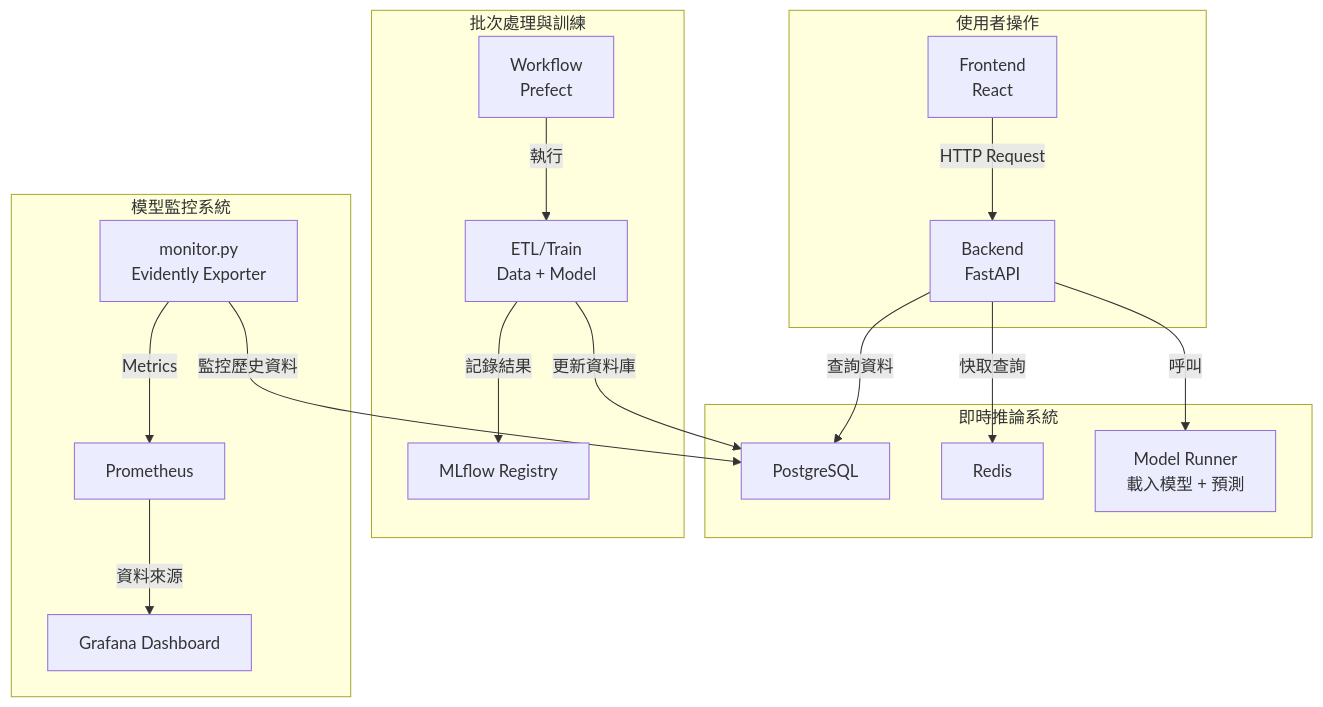
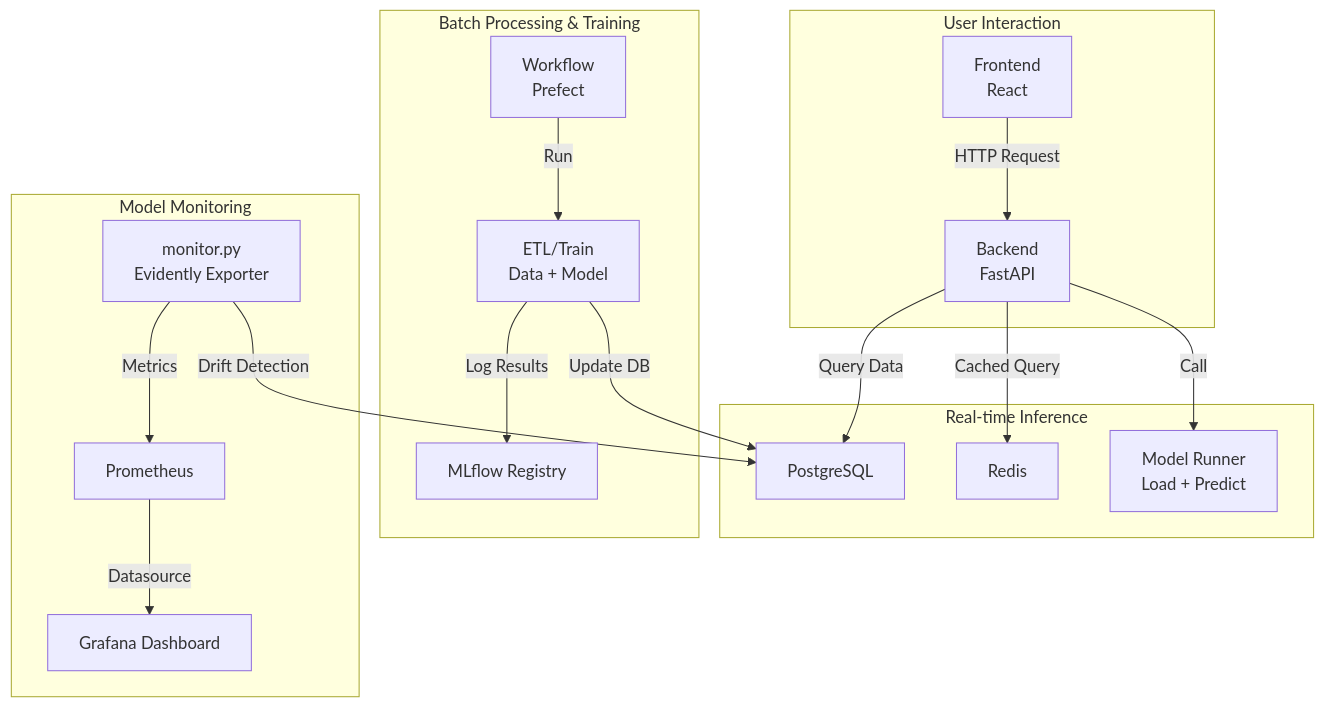
Before and after one commit to a920604a/stock-mlops: the diagram in readme.md, drawn with Mermaid. The commit also changed other lines of this file and 2 other files, not shown here.

````diff
--- a/readme.md
+++ b/readme.md
@@ -69,27 +69,27 @@
 ```mermaid
 graph TD
-  subgraph 使用者操作
+  subgraph User Interaction
     A[Frontend<br>React]
     A -->|HTTP Request| B[Backend<br>FastAPI]
   end
 
-  subgraph 即時推論系統
-    B -->|查詢資料| D[PostgreSQL]
-    B -->|快取查詢| E[Redis]
-    B -->|呼叫| C[Model Runner<br>載入模型 + 預測]
+  subgraph Real-time Inference
+    B -->|Query Data| D[PostgreSQL]
+    B -->|Cached Query| E[Redis]
+    B -->|Call| C[Model Runner<br>Load + Predict]
   end
 
-  subgraph 批次處理與訓練
+  subgraph Batch Processing & Training
     F[Workflow<br>Prefect]
-    F -->|執行| G[ETL/Train<br>Data + Model]
-    G -->|記錄結果| H[MLflow Registry]
-    G -->|更新資料庫| D
+    F -->|Run| G[ETL/Train<br>Data + Model]
+    G -->|Log Results| H[MLflow Registry]
+    G -->|Update DB| D
   end
 
-  subgraph 模型監控系統
+  subgraph Model Monitoring
     I[monitor.py<br>Evidently Exporter]
     I -->|Metrics| J[Prometheus]
-    J -->|資料來源| K[Grafana Dashboard]
-    I -->|監控歷史資料| D
+    J -->|Datasource| K[Grafana Dashboard]
+    I -->|Drift Detection| D
   end
 ```
````
